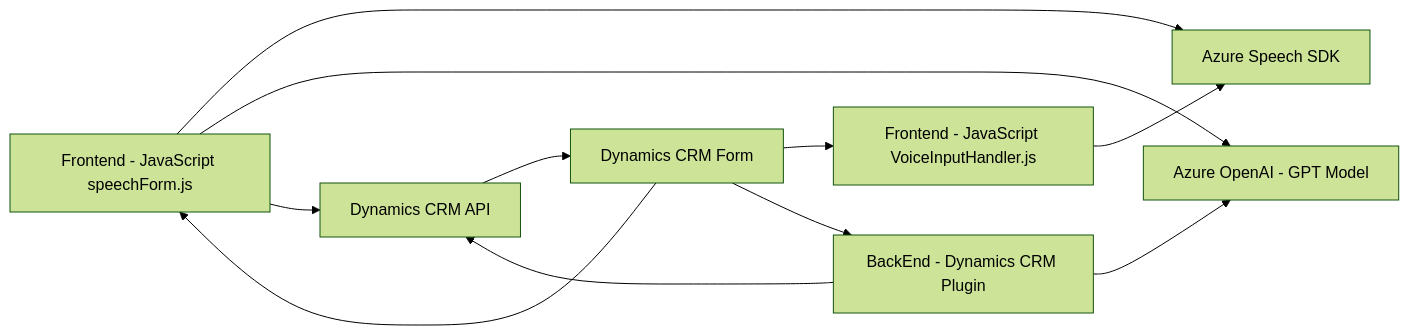
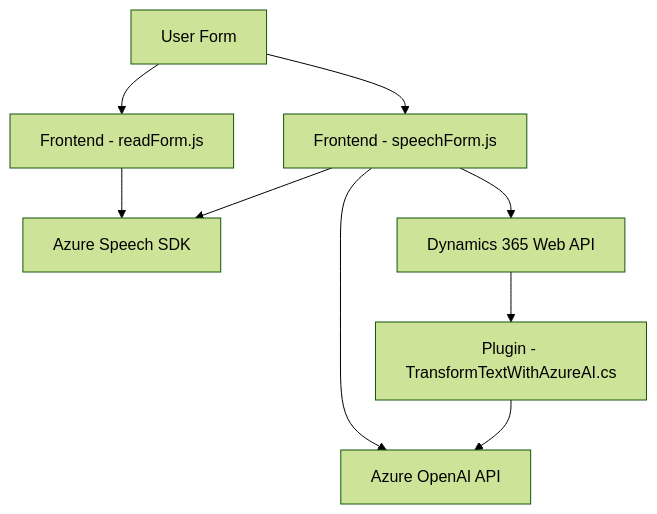
The diagram in README.md (blopezdm/NETCORE_BILBAO2025), drawn with Mermaid (forest theme) before and after one commit. The commit also changed other lines of this file, not shown here.

````diff
--- a/README.md
+++ b/README.md
@@ -36,20 +51,19 @@
 ```mermaid
-graph LR
-    A["Frontend - JavaScript VoiceInputHandler.js"]
-    B["Frontend - JavaScript speechForm.js"]
-    C["BackEnd - Dynamics CRM Plugin"]
+graph TD
+    A["Frontend - readForm.js"]
+    B["Frontend - speechForm.js"]
+    C["Plugin - TransformTextWithAzureAI.cs"]
     D["Azure Speech SDK"]
-    E["Azure OpenAI - GPT Model"]
-    F["Dynamics CRM API"]
+    E["Azure OpenAI API"]
+    F["Dynamics 365 Web API"]
+    G["User Form"]
 
+    G --> A
+    G --> B
     A --> D
     B --> D
+    B --> F
     B --> E
-    B --> F
+    F --> C
     C --> E
-    C --> F
-    F --> CR["Dynamics CRM Form"]
-    CR --> A
-    CR --> B
-    CR --> C
 ```
````
